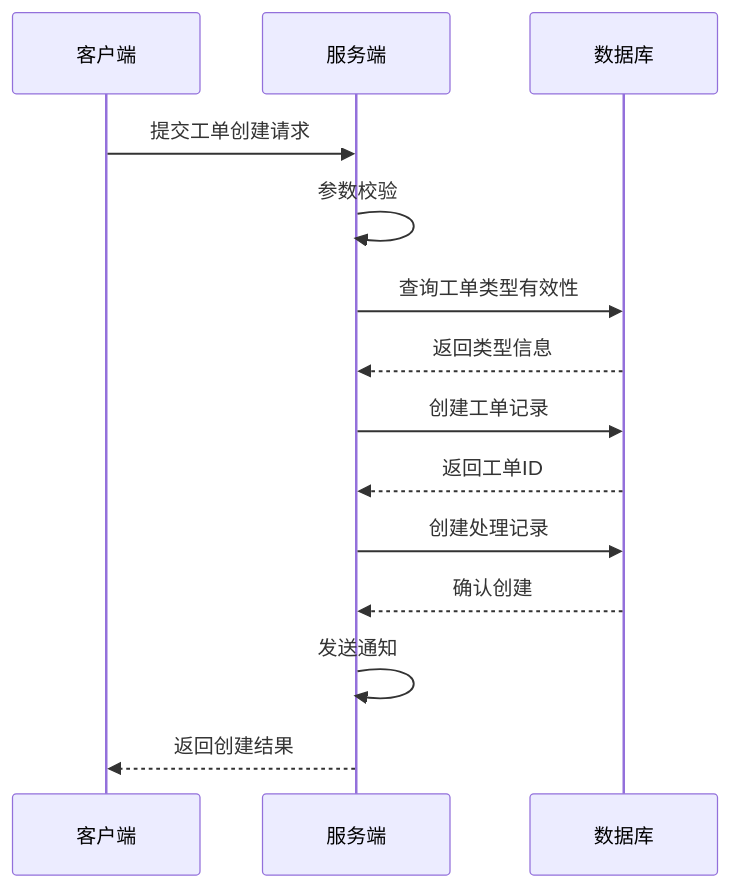
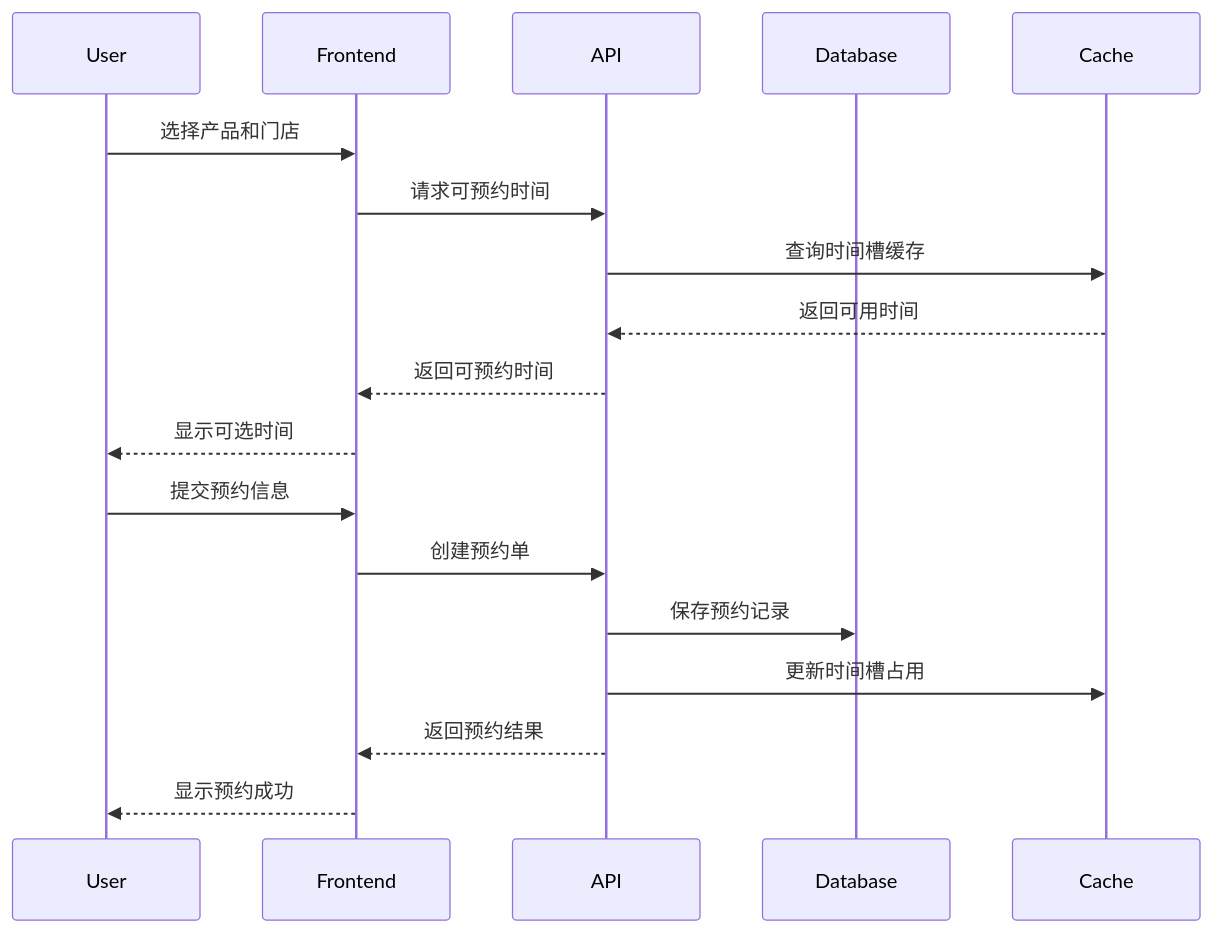
One commit to Moriarty1230/n8n-xp changed the third of 3 diagrams in doc/outlinedesign.md. Above: the diagram before and after it, drawn with Mermaid. The commit also changed other lines of this file, not shown here.

````diff
--- a/doc/outlinedesign.md
+++ b/doc/outlinedesign.md
@@ -101,17 +168,21 @@
 ```mermaid
 sequenceDiagram
-    participant C as 客户端
-    participant S as 服务端
-    participant DB as 数据库
-    
-    C->>S: 提交工单创建请求
-    S->>S: 参数校验
-    S->>DB: 查询工单类型有效性
-    DB-->>S: 返回类型信息
-    S->>DB: 创建工单记录
-    DB-->>S: 返回工单ID
-    S->>DB: 创建处理记录
-    DB-->>S: 确认创建
-    S->>S: 发送通知
-    S-->>C: 返回创建结果
+    participant U as User
+    participant F as Frontend
+    participant A as API
+    participant D as Database
+    participant C as Cache
+
+    U->>F: 选择产品和门店
+    F->>A: 请求可预约时间
+    A->>C: 查询时间槽缓存
+    C-->>A: 返回可用时间
+    A-->>F: 返回可预约时间
+    F-->>U: 显示可选时间
+    U->>F: 提交预约信息
+    F->>A: 创建预约单
+    A->>D: 保存预约记录
+    A->>C: 更新时间槽占用
+    A-->>F: 返回预约结果
+    F-->>U: 显示预约成功
 ```
````
